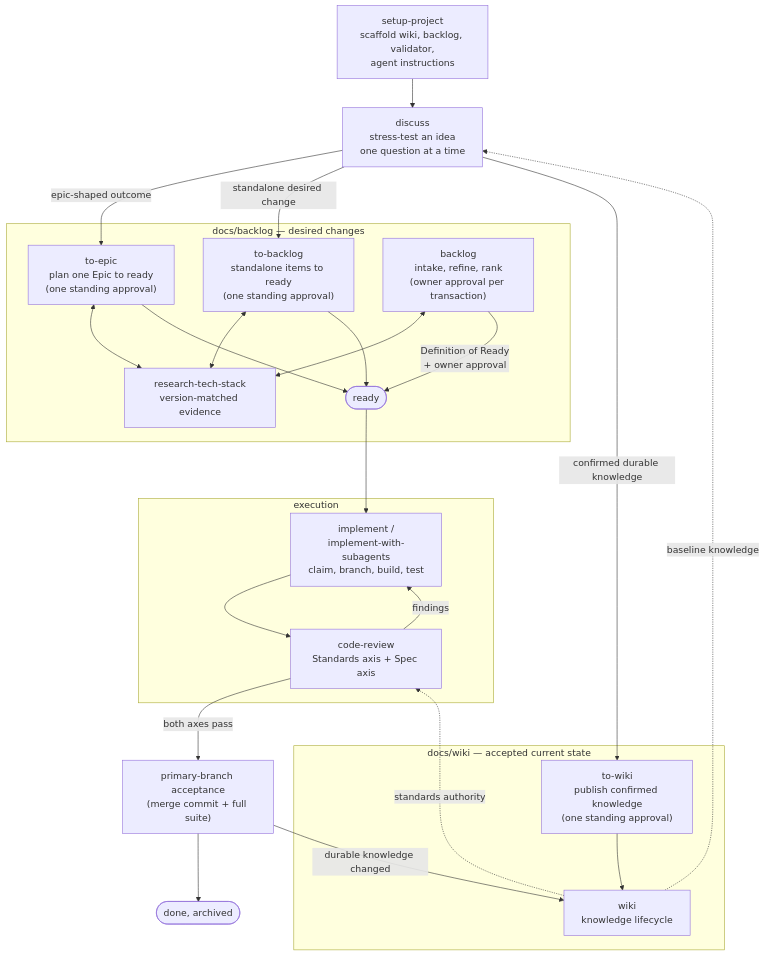
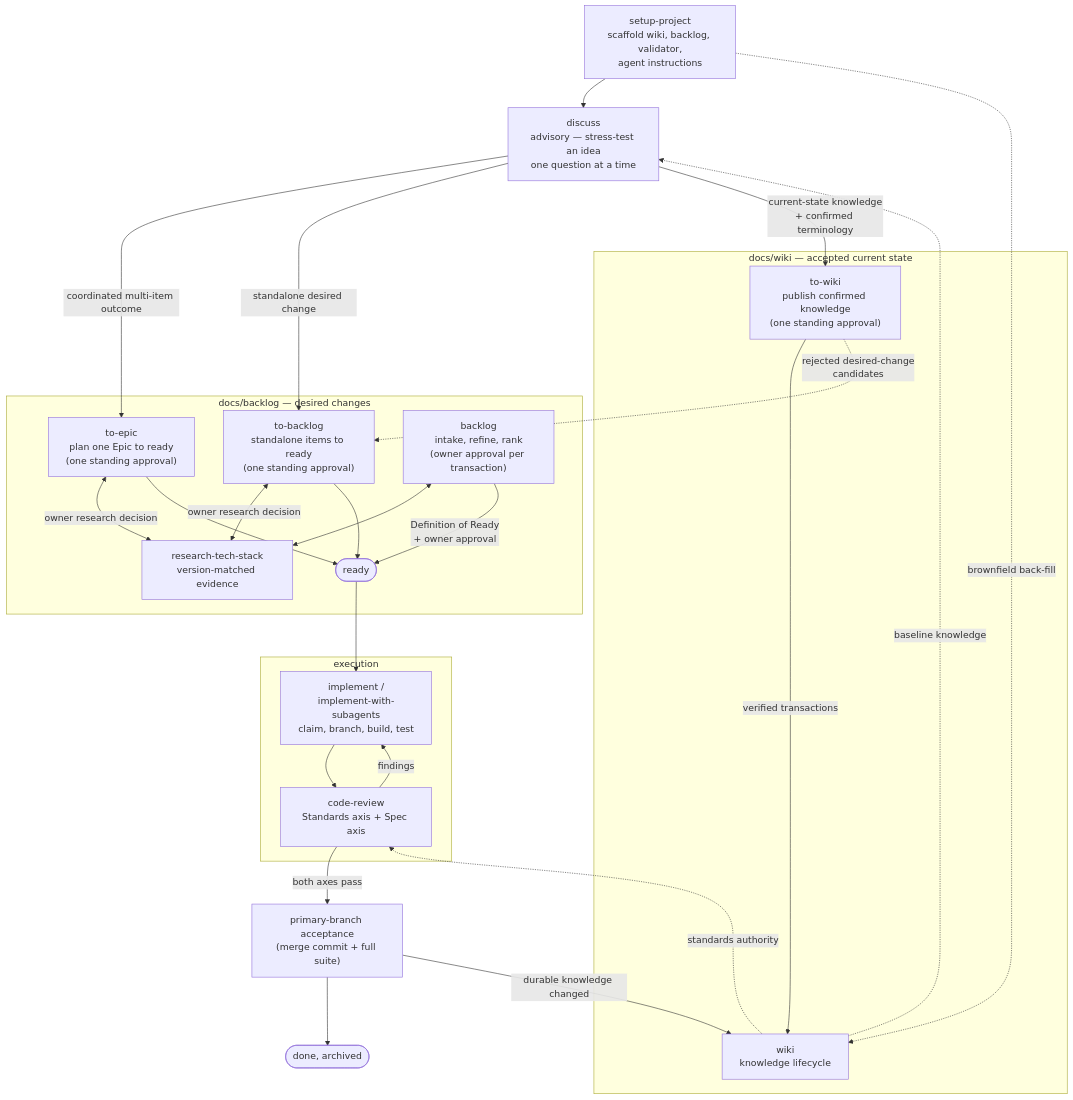
One commit to beeltec/skills changed the diagram in README.md. Above: the diagram before and after it, drawn with Mermaid. The commit also changed other lines of this file, not shown here.

Commit message:
docs(readme): restructure workflow diagram so the wiki lane renders and expand walkthrough
Declare all Mermaid nodes inside their subgraphs before cross-lane edges
so to-wiki no longer detaches or disappears, draw the missing wiki
routes (discuss->to-wiki, to-wiki->wiki, rejected candidates->to-backlog,
brownfield back-fill), and update the walkthrough with to-wiki as its
own step, the research-decision pause, and the acceptance-gated wiki
application.

````diff
--- a/README.md
+++ b/README.md
@@ -25,45 +25,47 @@
 ```mermaid
 flowchart TD
-    SP["setup-project<br/>scaffold wiki, backlog, validator,<br/>agent instructions"] --> D
-    D["discuss<br/>stress-test an idea<br/>one question at a time"]
-
-    D -->|epic-shaped outcome| TE
-    D -->|standalone desired change| TB
-    D -->|confirmed durable knowledge| TW
+    SP["setup-project<br/>scaffold wiki, backlog, validator,<br/>agent instructions"]
+    D["discuss<br/>advisory — stress-test an idea<br/>one question at a time"]
 
     subgraph BACKLOG["docs/backlog — desired changes"]
-        BL["backlog<br/>intake, refine, rank<br/>(owner approval per transaction)"]
         TE["to-epic<br/>plan one Epic to ready<br/>(one standing approval)"]
         TB["to-backlog<br/>standalone items to ready<br/>(one standing approval)"]
+        BL["backlog<br/>intake, refine, rank<br/>(owner approval per transaction)"]
         RT["research-tech-stack<br/>version-matched evidence"]
+        RDY(["ready"])
+        TE <-->|owner research decision| RT
+        TB <-->|owner research decision| RT
         BL <--> RT
-        TE <--> RT
-        TB <--> RT
-        RDY(["ready"])
-        BL -->|Definition of Ready<br/>+ owner approval| RDY
         TE --> RDY
         TB --> RDY
+        BL -->|Definition of Ready<br/>+ owner approval| RDY
     end
-
-    RDY --> IMP
 
     subgraph EXEC["execution"]
         IMP["implement /<br/>implement-with-subagents<br/>claim, branch, build, test"]
         CR["code-review<br/>Standards axis + Spec axis"]
         IMP --> CR
         CR -->|findings| IMP
     end
 
+    subgraph WIKI["docs/wiki — accepted current state"]
+        TW["to-wiki<br/>publish confirmed knowledge<br/>(one standing approval)"]
+        WK["wiki<br/>knowledge lifecycle"]
+        TW -->|verified transactions| WK
+    end
+
+    SP --> D
+    SP -.->|brownfield back-fill| WK
+    D -->|coordinated multi-item outcome| TE
+    D -->|standalone desired change| TB
+    D -->|current-state knowledge<br/>+ confirmed terminology| TW
+    TW -.->|rejected desired-change<br/>candidates| TB
+
+    RDY --> IMP
     CR -->|both axes pass| ACC["primary-branch acceptance<br/>(merge commit + full suite)"]
+    ACC --> DONE(["done, archived"])
     ACC -->|durable knowledge changed| WK
-    ACC --> DONE(["done, archived"])
-
-    subgraph WIKI["docs/wiki — accepted current state"]
-        WK["wiki<br/>knowledge lifecycle"]
-        TW["to-wiki<br/>publish confirmed knowledge<br/>(one standing approval)"]
-        TW --> WK
-    end
 
     WK -.->|baseline knowledge| D
     WK -.->|standards authority| CR
 ```
````
